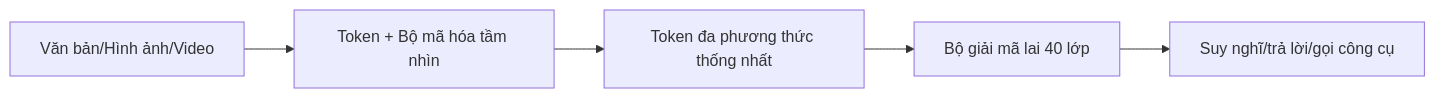
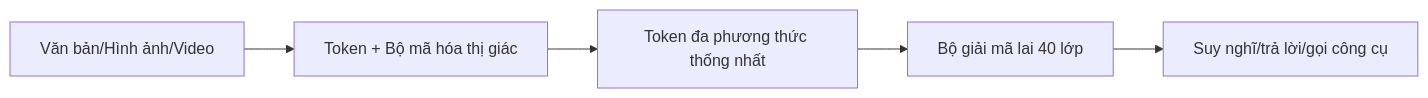
Before and after one commit to cycler04/VinRobotics-VLA: the first of 4 diagrams in docs/research_finding/01-gwen/qwen_models/Qwen3.6/architecture.md, drawn with Mermaid. The commit also changed other lines of this file and 79 other files, not shown here.

````diff
--- a/docs/research_finding/01-gwen/qwen_models/Qwen3.6/architecture.md
+++ b/docs/research_finding/01-gwen/qwen_models/Qwen3.6/architecture.md
@@ -9,7 +9,7 @@
 ```mermaid
 flowchart LR
-  I[Văn bản/Hình ảnh/Video] --> E[Token + Bộ mã hóa tầm nhìn]
+  I[Văn bản/Hình ảnh/Video] --> E[Token + Bộ mã hóa thị giác]
   E --> F[Token đa phương thức thống nhất]
   F --> H[Bộ giải mã lai 40 lớp]
   H --> O[Suy nghĩ/trả lời/gọi công cụ]
 ```
````
